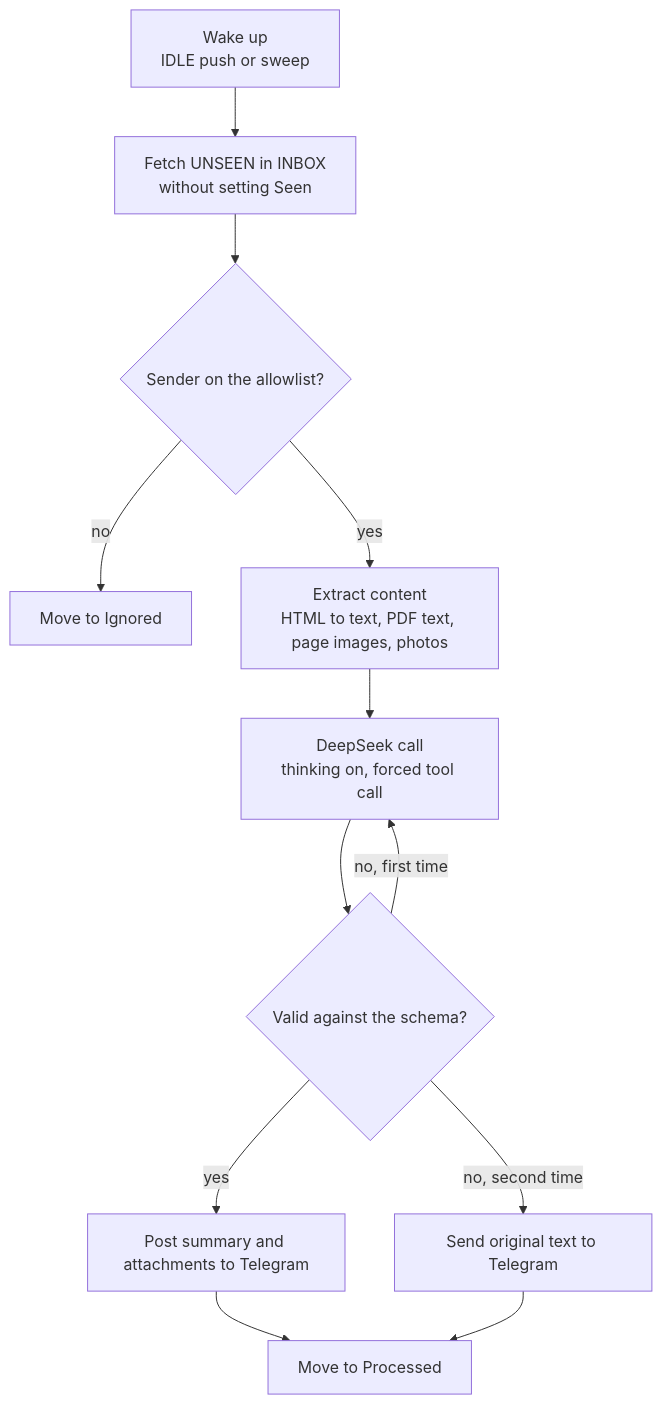
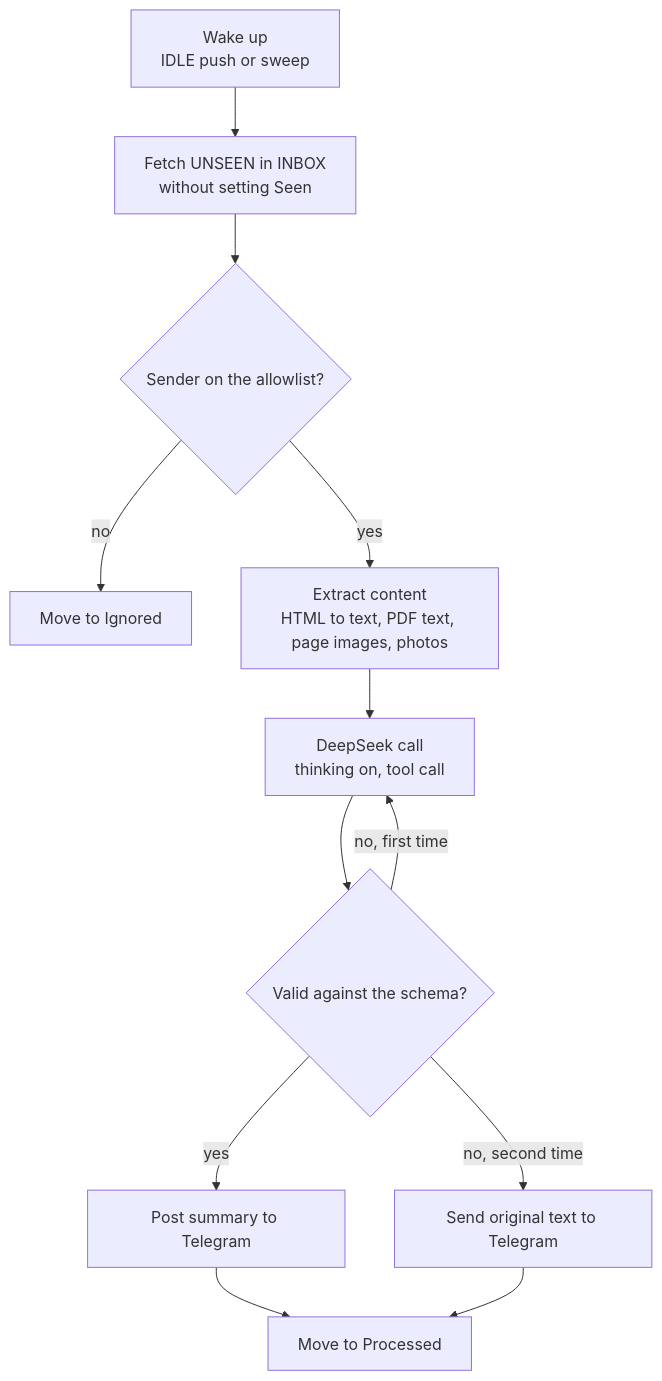
Before and after one commit to DeV1L/kindergarten-email-checker: the second of 3 diagrams in docs/ARCHITECTURE.md, drawn with Mermaid. The commit also changed other lines of this file and 19 other files, not shown here.

````diff
--- a/docs/ARCHITECTURE.md
+++ b/docs/ARCHITECTURE.md
@@ -70,14 +66,14 @@
 ```mermaid
 flowchart TD
     A["Wake up<br/>IDLE push or sweep"] --> B["Fetch UNSEEN in INBOX<br/>without setting Seen"]
     B --> C{Sender on the allowlist?}
     C -->|no| I[Move to Ignored]
     C -->|yes| E["Extract content<br/>HTML to text, PDF text, page images, photos"]
-    E --> S["DeepSeek call<br/>thinking on, forced tool call"]
+    E --> S["DeepSeek call<br/>thinking on, tool call"]
     S --> V{Valid against the schema?}
     V -->|no, first time| S
     V -->|no, second time| F[Send original text to Telegram]
-    V -->|yes| T[Post summary and attachments to Telegram]
+    V -->|yes| T[Post summary to Telegram]
     T --> M[Move to Processed]
     F --> M
 ```
````
